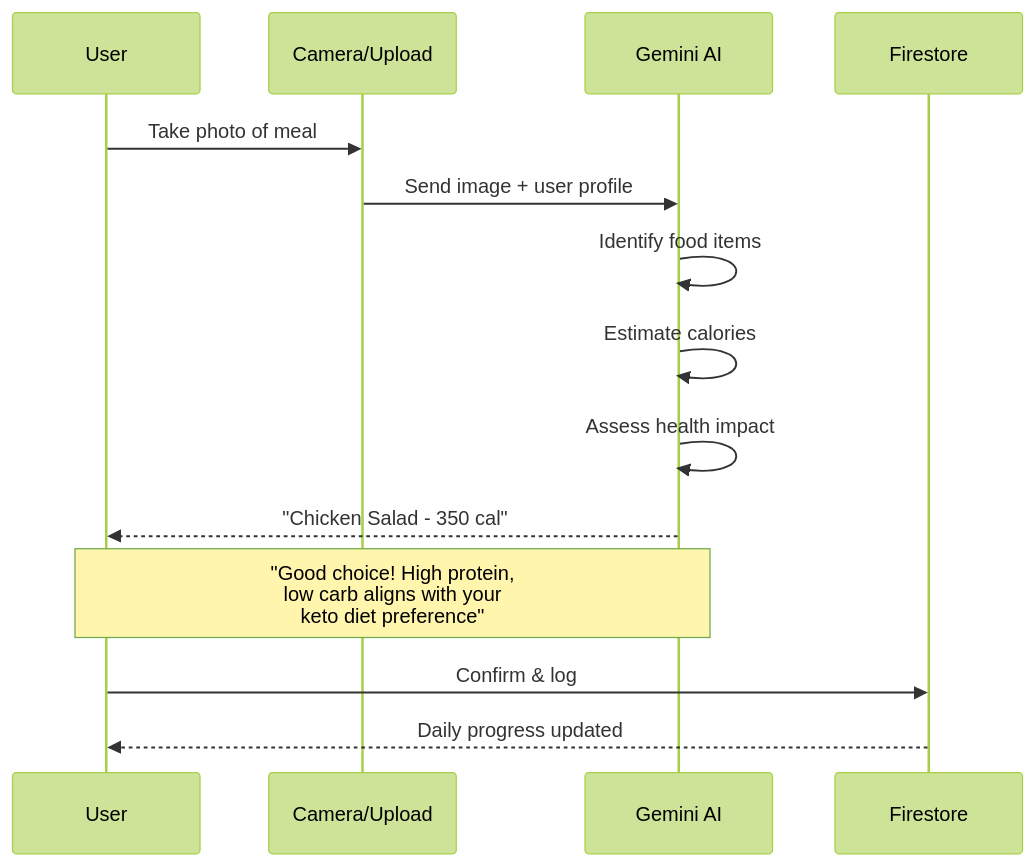
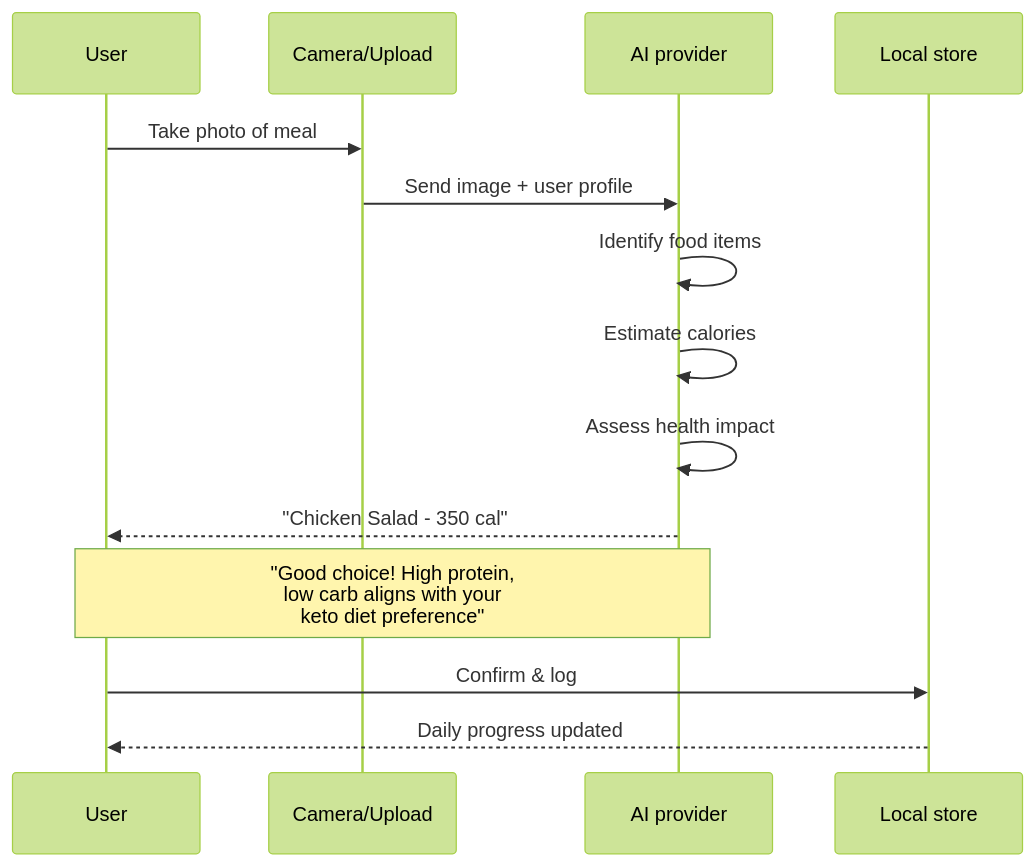
The fourth of 11 diagrams in docs/presentation/README.md (knotking/healthgeek), drawn with Mermaid (forest theme) before and after one commit. The commit also changed other lines of this file and 67 other files, not shown here.

````diff
--- a/docs/presentation/README.md
+++ b/docs/presentation/README.md
@@ -126,17 +126,17 @@
 ```mermaid
 sequenceDiagram
     participant U as User
     participant C as Camera/Upload
-    participant AI as Gemini AI
-    participant DB as Firestore
+    participant AI as AI provider
+    participant DB as Local store
 
     U->>C: Take photo of meal
     C->>AI: Send image + user profile
     AI->>AI: Identify food items
     AI->>AI: Estimate calories
     AI->>AI: Assess health impact
     AI-->>U: "Chicken Salad - 350 cal"
     Note over AI,U: "Good choice! High protein,<br/>low carb aligns with your<br/>keto diet preference"
     U->>DB: Confirm & log
     DB-->>U: Daily progress updated
 ```
````
